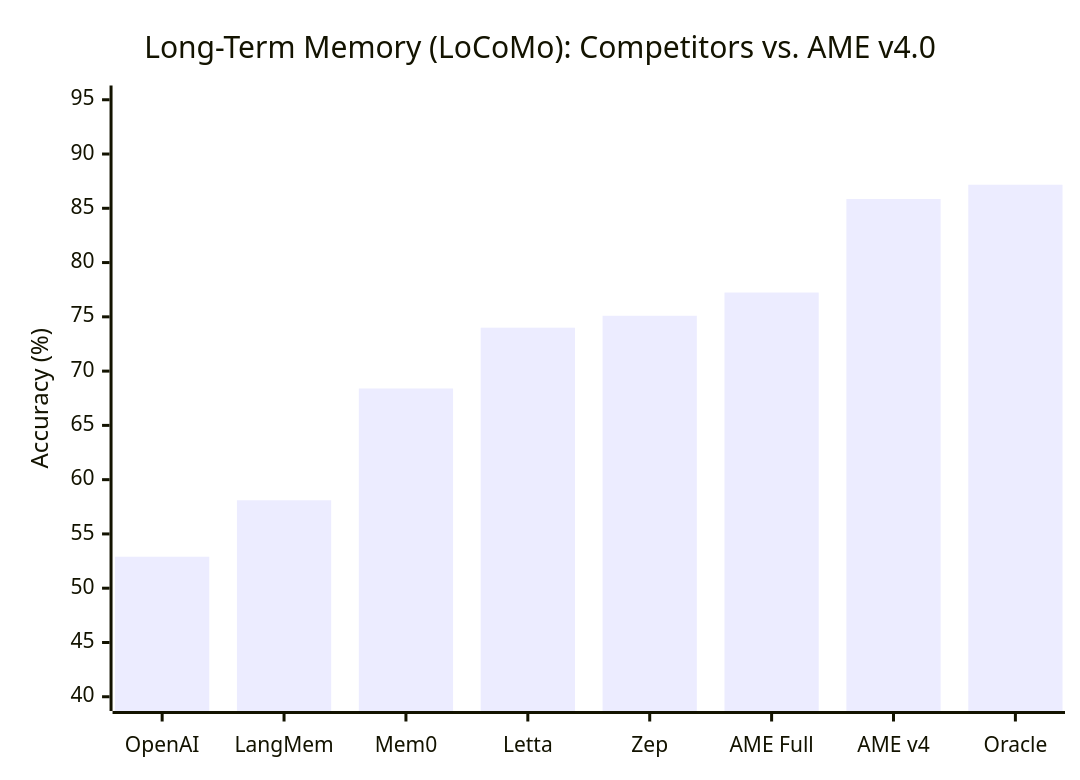
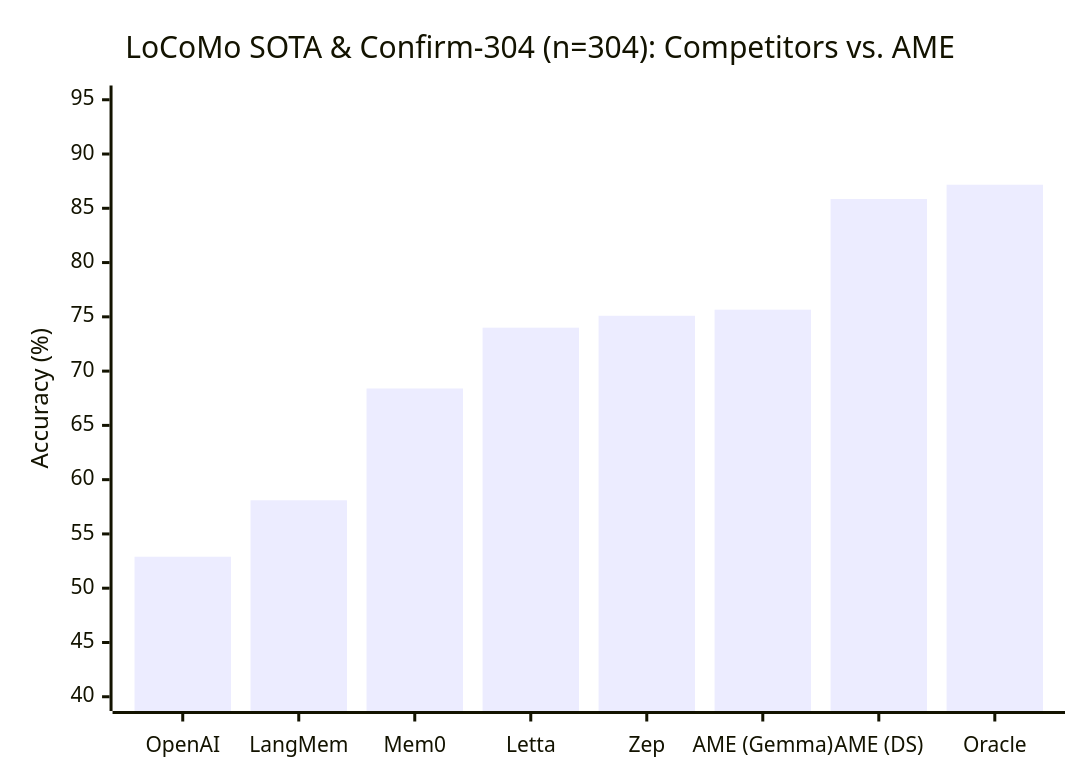
One commit to bearrhee/artificial-mind-engine changed the fourth of 8 diagrams in README.md. Above: the diagram before and after it, drawn with Mermaid. The commit also changed other lines of this file and 7 other files, not shown here.

Commit message:
docs: add Gemma 4 26B benchmarks, standout charts, and contact info

````diff
--- a/README.md
+++ b/README.md
@@ -293,7 +298,7 @@
 ```mermaid
 xychart-beta
-  title "Long-Term Memory (LoCoMo): Competitors vs. AME v4.0"
-  x-axis ["OpenAI", "LangMem", "Mem0", "Letta", "Zep", "AME Full", "AME v4", "Oracle"]
+  title "LoCoMo SOTA & Confirm-304 (n=304): Competitors vs. AME"
+  x-axis ["OpenAI", "LangMem", "Mem0", "Letta", "Zep", "AME (Gemma)", "AME (DS)", "Oracle"]
   y-axis "Accuracy (%)" 40 --> 95
-  bar [52.9, 58.1, 68.4, 74.0, 75.1, 77.24, 85.86, 87.17]
+  bar [52.9, 58.1, 68.4, 74.0, 75.1, 75.66, 85.86, 87.17]
 ```
````
